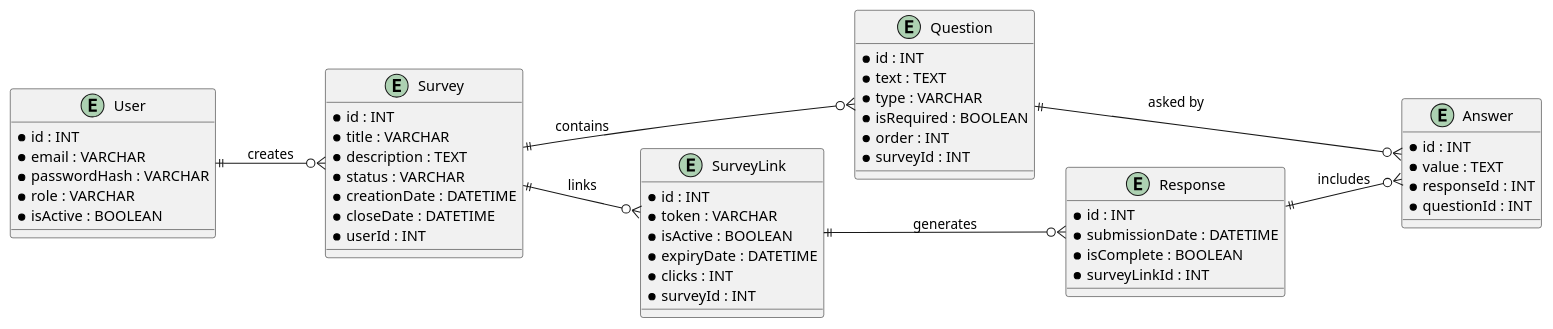
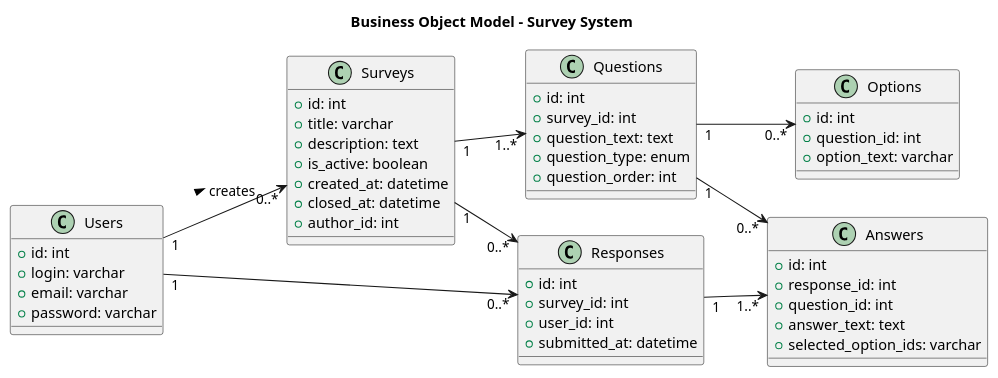
Before and after one commit to L1SARD7/edu_db_labs_IO-31: the first of 2 diagrams in docs/design/README.md, drawn with PlantUML. The commit also changed other lines of this file, not shown here.

```diff
--- a/docs/design/README.md
+++ b/docs/design/README.md
@@ -9,62 +9,61 @@
 @startuml
+title Business Object Model - Survey System
 
+' Напрямок зліва направо
 left to right direction
 
-entity "User" as User {
-  *id : INT
-  *email : VARCHAR
-  *passwordHash : VARCHAR
-  *role : VARCHAR
-  *isActive : BOOLEAN
+class Users {
+  +id: int
+  +login: varchar
+  +email: varchar
+  +password: varchar
 }
 
-entity "Survey" as Survey {
-  *id : INT
-  *title : VARCHAR
-  *description : TEXT
-  *status : VARCHAR
-  *creationDate : DATETIME
-  *closeDate : DATETIME
-  *userId : INT
+class Surveys {
+  +id: int
+  +title: varchar
+  +description: text
+  +is_active: boolean
+  +created_at: datetime
+  +closed_at: datetime
+  +author_id: int
 }
 
-entity "Question" as Question {
-  *id : INT
-  *text : TEXT
-  *type : VARCHAR
-  *isRequired : BOOLEAN
-  *order : INT
-  *surveyId : INT
+class Questions {
+  +id: int
+  +survey_id: int
+  +question_text: text
+  +question_type: enum
+  +question_order: int
 }
 
-entity "SurveyLink" as SurveyLink {
-  *id : INT
-  *token : VARCHAR
-  *isActive : BOOLEAN
-  *expiryDate : DATETIME
-  *clicks : INT
-  *surveyId : INT
+class Options {
+  +id: int
+  +question_id: int
+  +option_text: varchar
 }
 
-entity "Response" as Response {
-  *id : INT
-  *submissionDate : DATETIME
-  *isComplete : BOOLEAN
-  *surveyLinkId : INT
+class Responses {
+  +id: int
+  +survey_id: int
+  +user_id: int
+  +submitted_at: datetime
 }
 
-entity "Answer" as Answer {
-  *id : INT
-  *value : TEXT
-  *responseId : INT
-  *questionId : INT
+class Answers {
+  +id: int
+  +response_id: int
+  +question_id: int
+  +answer_text: text
+  +selected_option_ids: varchar
 }
 
-User ||--o{ Survey : creates
-Survey ||--o{ Question : contains
-Survey ||--o{ SurveyLink : links
-SurveyLink ||--o{ Response : generates
-Response ||--o{ Answer : includes
-Question ||--o{ Answer : asked by
-
+' Зв’язки між сутностями
+Users "1" --> "0..*" Surveys : creates >
+Surveys "1" --> "1..*" Questions
+Questions "1" --> "0..*" Options
+Surveys "1" --> "0..*" Responses
+Users "1" --> "0..*" Responses
+Responses "1" --> "1..*" Answers
+Questions "1" --> "0..*" Answers
 @enduml
```
